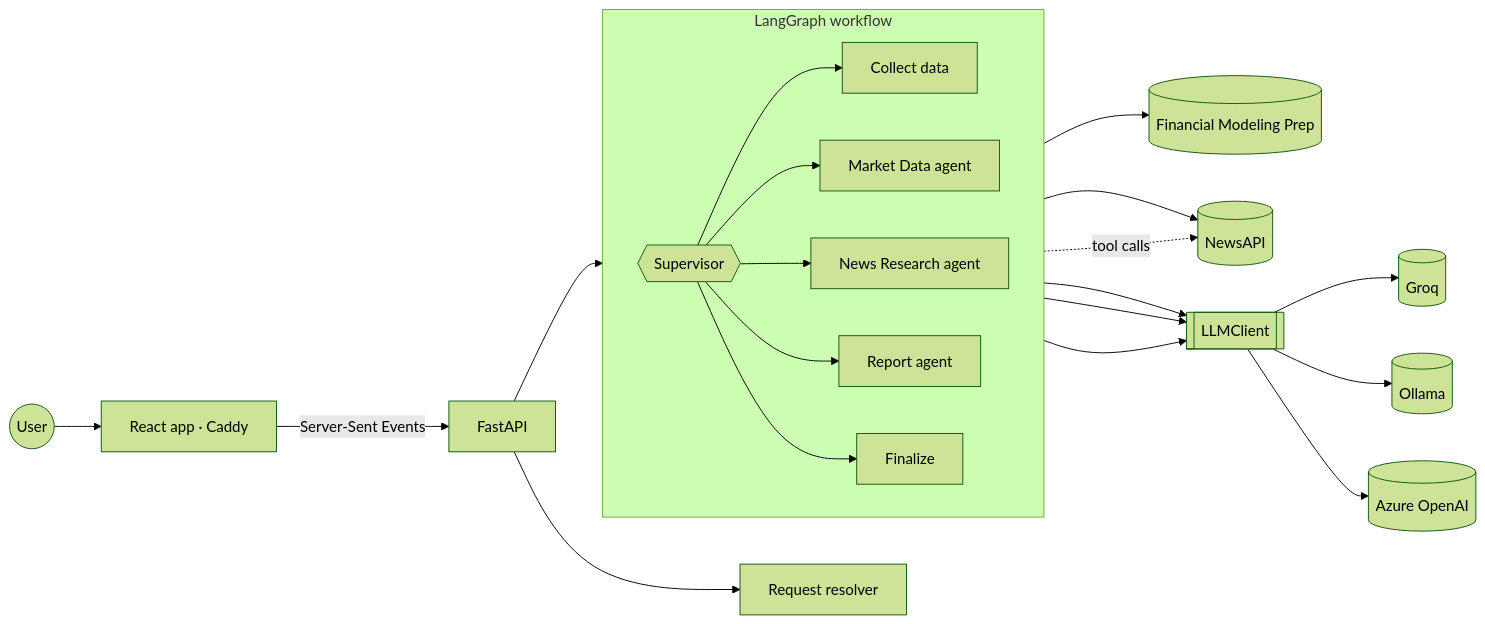
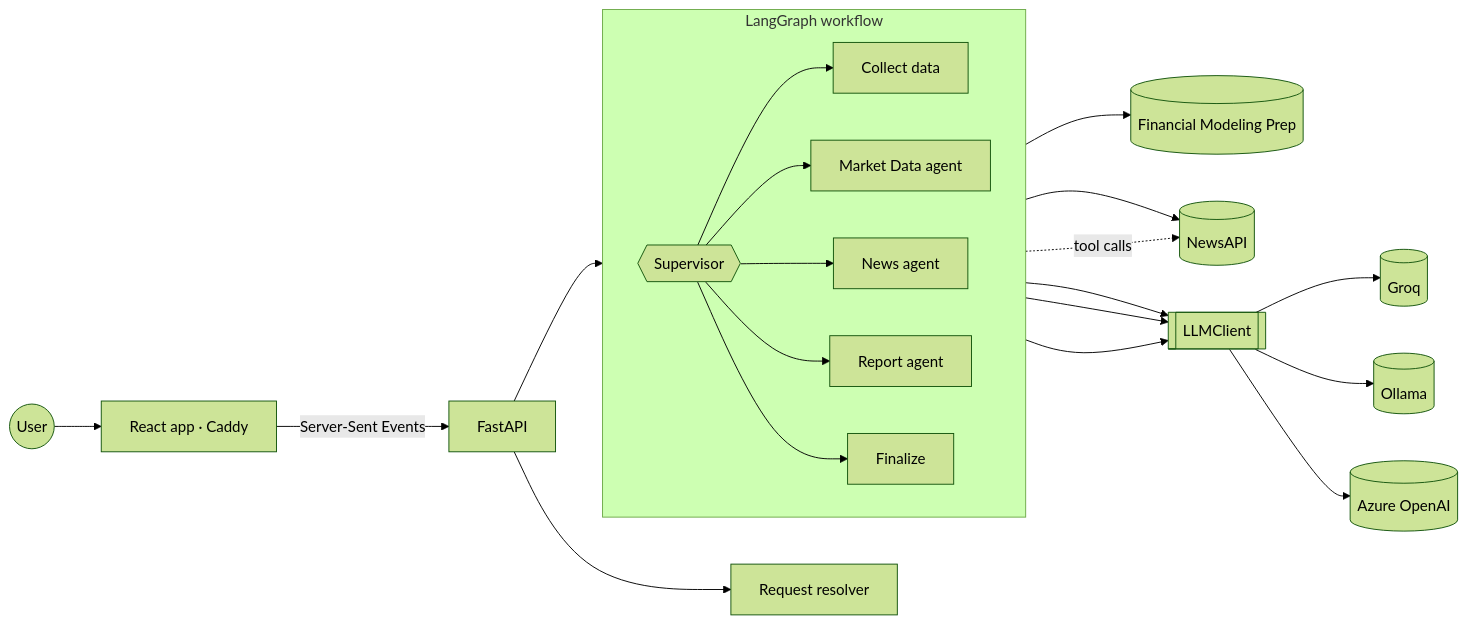
One commit to DiegFari/marketlens-ai changed the diagram in README.md. Above: the diagram before and after it, drawn with Mermaid (forest theme). The commit also changed other lines of this file and 1 other file, not shown here.

````diff
--- a/README.md
+++ b/README.md
@@ -128,24 +18,24 @@
 ```mermaid
 flowchart LR
     User((User)) --> WEB[React app · Caddy]
     WEB -- "Server-Sent Events" --> API[FastAPI]
     API --> RES[Request resolver]
     API --> WF
 
     subgraph WF["LangGraph workflow"]
         direction LR
         SUP{{Supervisor}} --> COL[Collect data]
         SUP --> MKT[Market Data agent]
-        SUP --> NEWS[News Research agent]
+        SUP --> NEWS[News agent]
         SUP --> REP[Report agent]
         SUP --> FIN[Finalize]
     end
 
     COL --> FMP[(Financial Modeling Prep)]
     COL --> NAPI[(NewsAPI)]
     NEWS -. "tool calls" .-> NAPI
     MKT & NEWS & REP --> LLM[[LLMClient]]
     LLM --> GROQ[(Groq)]
     LLM --> OLL[(Ollama)]
     LLM --> AZ[(Azure OpenAI)]
 ```
````
